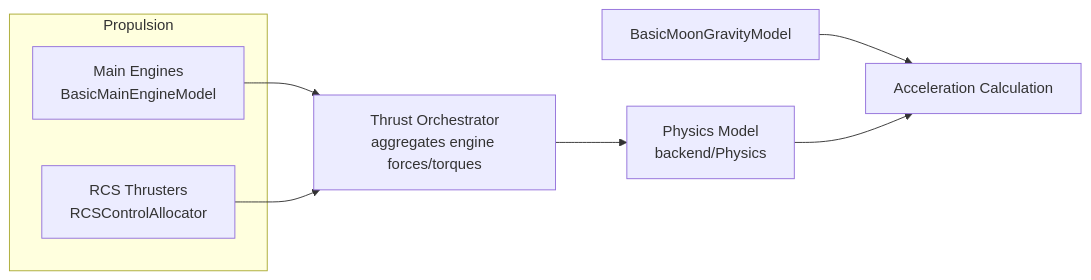
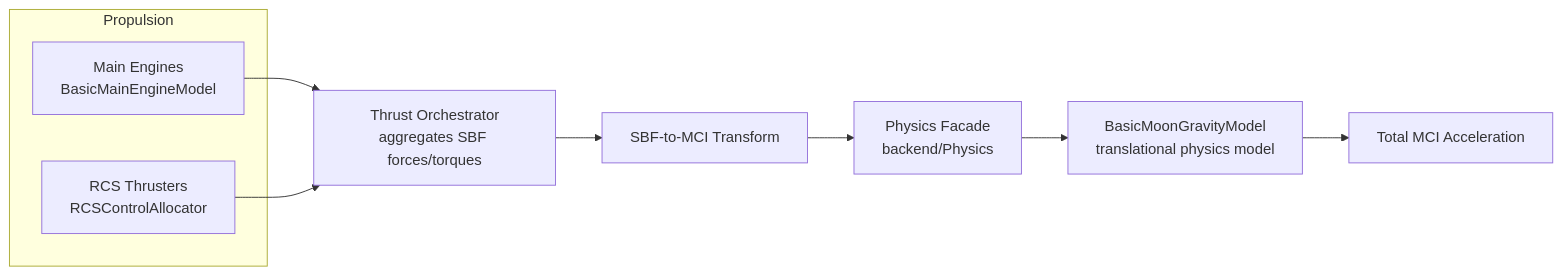
The second of 5 diagrams in docs/data-flow-diagrams.md (gerd-lrt-dev/moonlander), drawn with Mermaid before and after one commit. The commit also changed other lines of this file, not shown here.

Commit message:
docs(data-flow): address final feedback on autopilot path, physics facade, and RCS actuation

````diff
--- a/docs/data-flow-diagrams.md
+++ b/docs/data-flow-diagrams.md
@@ -112,18 +137,20 @@
 ```mermaid
 flowchart LR
     subgraph Propulsion
         ME[Main Engines<br/>BasicMainEngineModel]
         RCS[RCS Thrusters<br/>RCSControlAllocator]
     end
 
-    TH[Thrust Orchestrator<br/>aggregates engine forces/torques]
-    GM[BasicMoonGravityModel]
-    PM[Physics Model<br/>backend/Physics]
-    AC[Acceleration Calculation]
+    TH[Thrust Orchestrator<br/>aggregates SBF forces/torques]
+    TX[SBF-to-MCI Transform]
+    PHY[Physics Facade<br/>backend/Physics]
+    GM[BasicMoonGravityModel<br/>translational physics model]
+    AC[Total MCI Acceleration]
 
     ME --> TH
     RCS --> TH
-    TH --> PM
+    TH --> TX
+    TX --> PHY
+    PHY --> GM
     GM --> AC
-    PM --> AC
 ```
````
